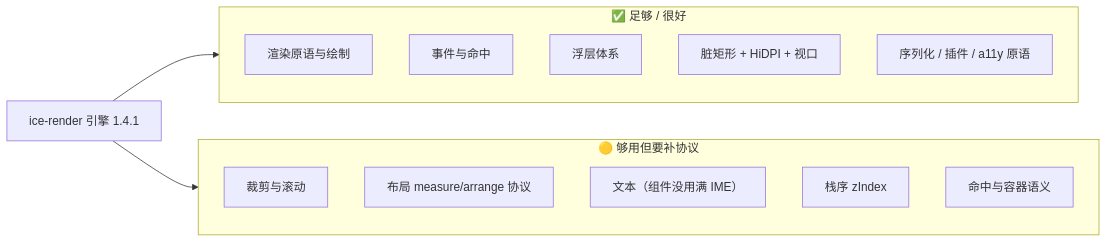
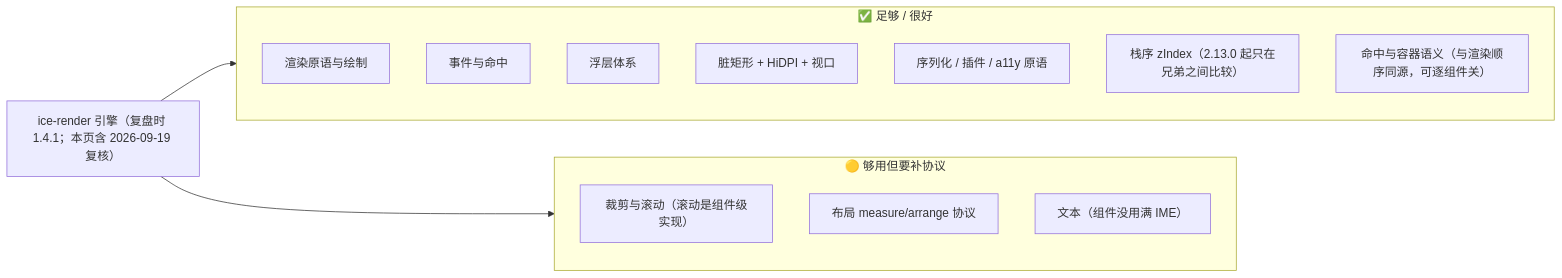
Before and after one commit to ice-render/ice-render-doc: the diagram in docs/architecture/15-app-driven-review.md, drawn with Mermaid. The commit also changed other lines of this file and 20 other files, not shown here.

````diff
--- a/docs/architecture/15-app-driven-review.md
+++ b/docs/architecture/15-app-driven-review.md
@@ -37,19 +37,19 @@
 ```mermaid
 flowchart LR
-  ENG["ice-render 引擎 1.4.1"] --> OK
+  ENG["ice-render 引擎（复盘时 1.4.1；本页含 2026-09-19 复核）"] --> OK
   ENG --> WIP
   subgraph OK["✅ 足够 / 很好"]
     O1["渲染原语与绘制"]
     O2["事件与命中"]
     O3["浮层体系"]
     O4["脏矩形 + HiDPI + 视口"]
     O5["序列化 / 插件 / a11y 原语"]
+    O6["栈序 zIndex（2.13.0 起只在兄弟之间比较）"]
+    O7["命中与容器语义（与渲染顺序同源，可逐组件关）"]
   end
   subgraph WIP["🟡 够用但要补协议"]
-    W1["裁剪与滚动"]
+    W1["裁剪与滚动（滚动是组件级实现）"]
     W2["布局 measure/arrange 协议"]
     W3["文本（组件没用满 IME）"]
-    W4["栈序 zIndex"]
-    W5["命中与容器语义"]
   end
 ```
````
